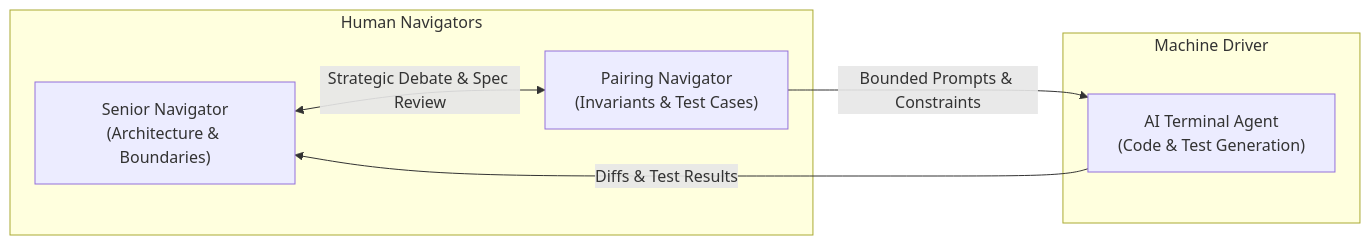
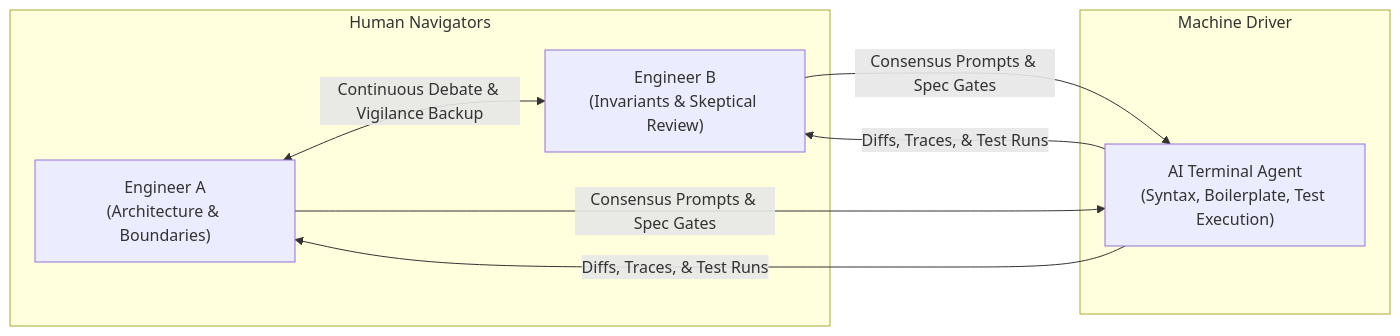
The second of 2 diagrams in docs/aixp/03.08.50-scaling.md (AI-Extreme-Programming/aiXP), drawn with Mermaid before and after one commit. The commit also changed other lines of this file, not shown here.

````diff
--- a/docs/aixp/03.08.50-scaling.md
+++ b/docs/aixp/03.08.50-scaling.md
@@ -189,15 +189,15 @@
 ```mermaid
 flowchart LR
     subgraph Human Navigators
-        H1["Senior Navigator<br/>(Architecture & Boundaries)"]
-        H2["Pairing Navigator<br/>(Invariants & Test Cases)"]
+        H1["Engineer A<br/>(Architecture & Boundaries)"]
+        H2["Engineer B<br/>(Invariants & Skeptical Review)"]
     end
     
     subgraph Machine Driver
-        AI["AI Terminal Agent<br/>(Code & Test Generation)"]
+        AI["AI Terminal Agent<br/>(Syntax, Boilerplate, Test Execution)"]
     end
     
-    H1 <-->|"Strategic Debate & Spec Review"| H2
-    H2 -->|"Bounded Prompts & Constraints"| AI
-    AI -->|"Diffs & Test Results"| H1
+    H1 <-->|"Continuous Debate & Vigilance Backup"| H2
+    H1 & H2 -->|"Consensus Prompts & Spec Gates"| AI
+    AI -->|"Diffs, Traces, & Test Runs"| H1 & H2
 ```
````
